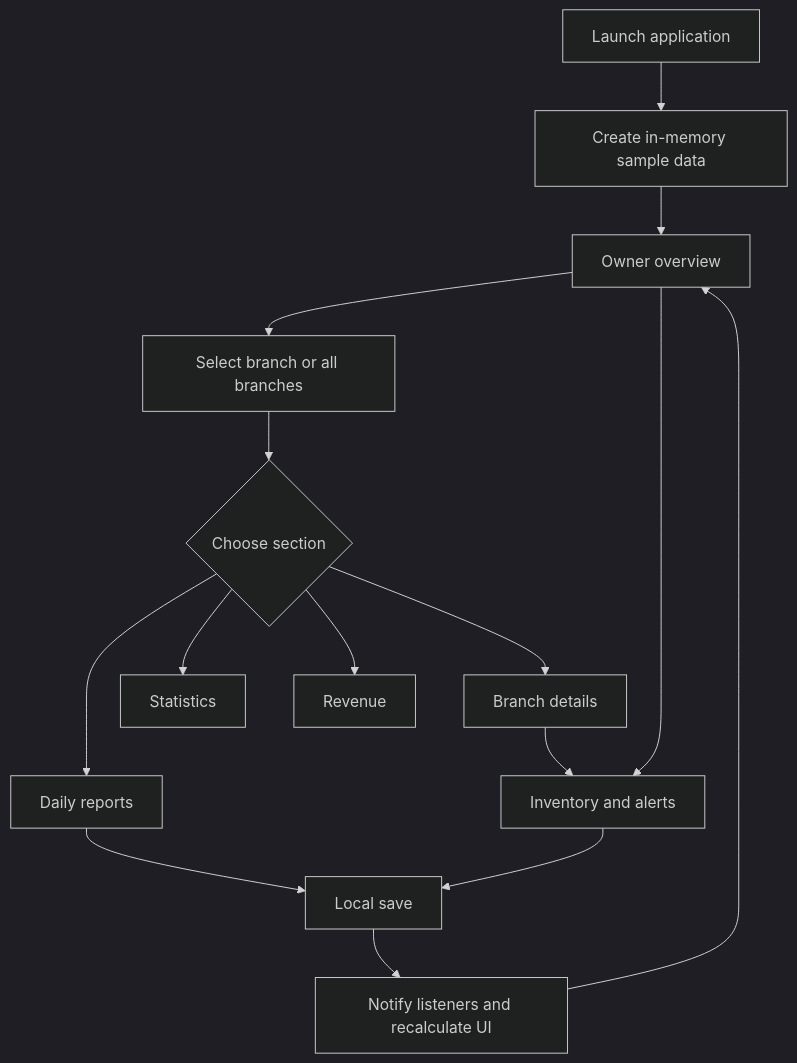
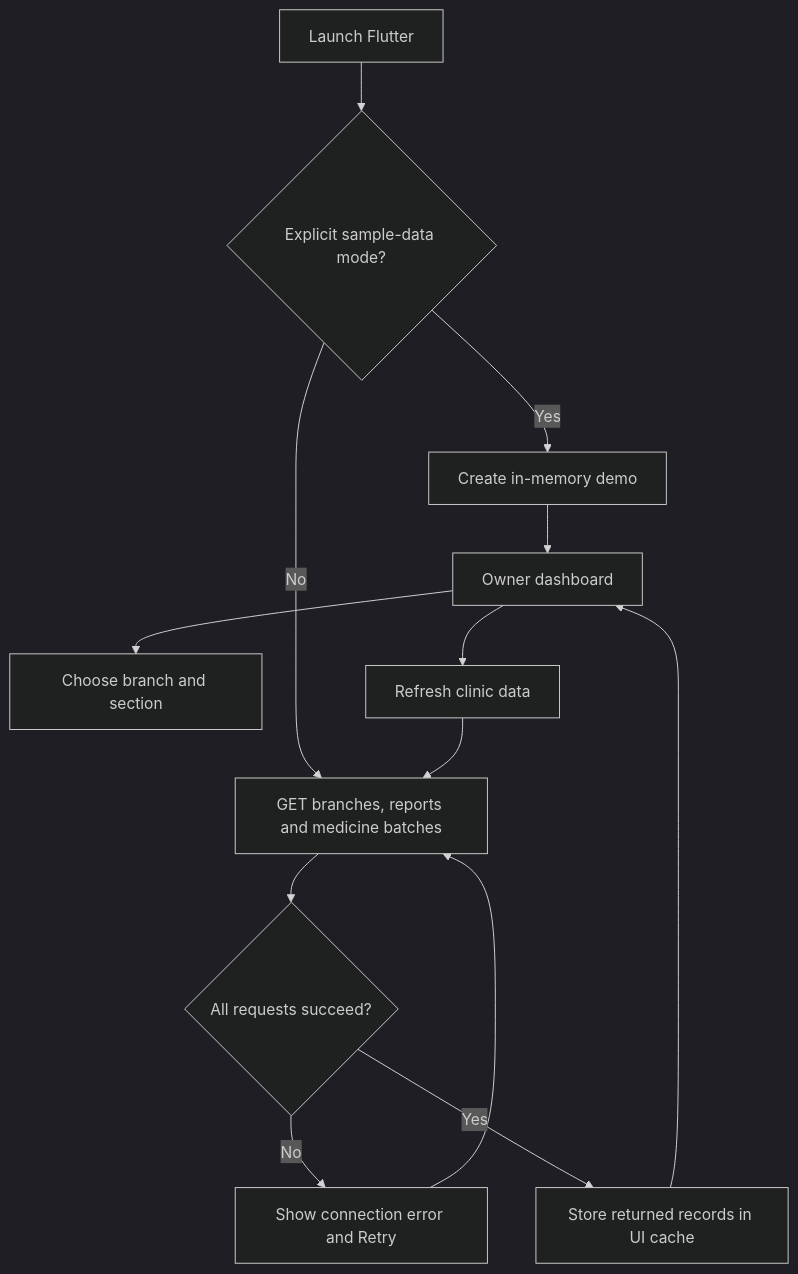
Before and after one commit to elijahdelmundo/veritas_prototype-0.1: the first of 3 diagrams in WORKFLOW.md, drawn with Mermaid (dark theme). The commit also changed other lines of this file and 239 other files, not shown here.

Commit message:
Connect Flutter frontend to Laravel REST API and persistent clinic data

````diff
--- a/WORKFLOW.md
+++ b/WORKFLOW.md
@@ -39,17 +56,15 @@
 ```mermaid
 flowchart TD
-    Start["Launch application"] --> Seed["Create in-memory sample data"]
-    Seed --> Home["Owner overview"]
-    Home --> Scope["Select branch or all branches"]
-    Scope --> View{"Choose section"}
-    View --> Reports["Daily reports"]
-    View --> Statistics["Statistics"]
-    View --> Revenue["Revenue"]
-    View --> Branches["Branch details"]
-    Home --> Inventory["Inventory and alerts"]
-    Branches --> Inventory
-    Reports --> Change["Local save"]
-    Inventory --> Change
-    Change --> Refresh["Notify listeners and recalculate UI"]
-    Refresh --> Home
+    Launch["Launch Flutter"] --> Mode{"Explicit sample-data mode?"}
+    Mode -- Yes --> Demo["Create in-memory demo"]
+    Mode -- No --> Load["GET branches, reports and medicine batches"]
+    Load --> Result{"All requests succeed?"}
+    Result -- No --> Error["Show connection error and Retry"]
+    Error --> Load
+    Result -- Yes --> Cache["Store returned records in UI cache"]
+    Cache --> Dashboard["Owner dashboard"]
+    Demo --> Dashboard
+    Dashboard --> Filter["Choose branch and section"]
+    Dashboard --> Refresh["Refresh clinic data"]
+    Refresh --> Load
 ```
````
